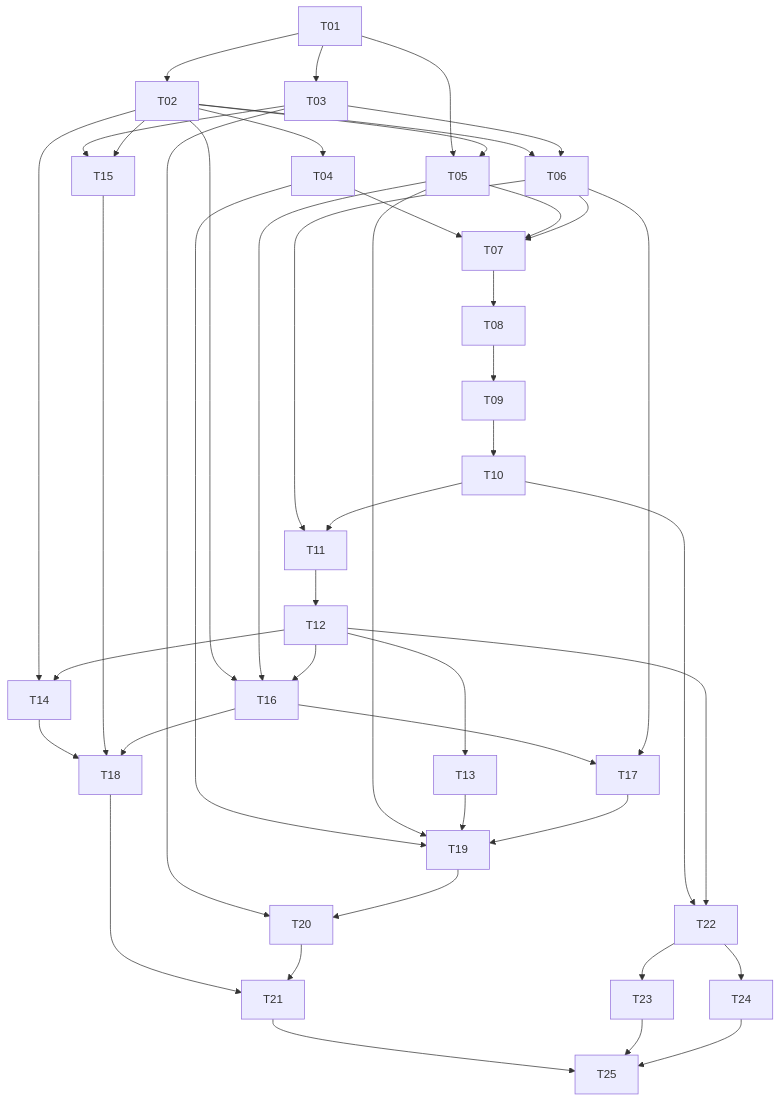
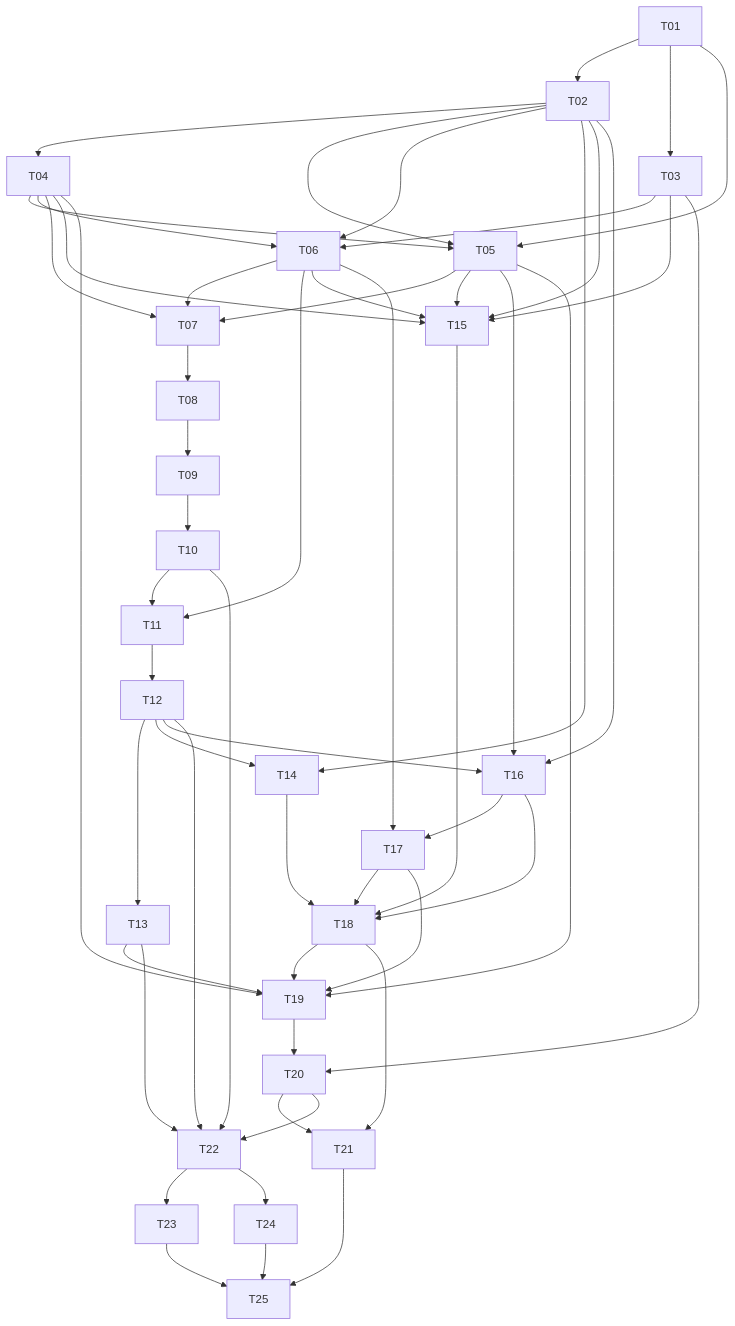
The diagram in docs/superpowers/plans/2026-10-09-ecommerce-ai-platform.md (lovelythreecat-bit/product-web), drawn with Mermaid before and after one commit. The commit also changed other lines of this file and 1 other file, not shown here.

````diff
--- a/docs/superpowers/plans/2026-10-09-ecommerce-ai-platform.md
+++ b/docs/superpowers/plans/2026-10-09-ecommerce-ai-platform.md
@@ -200,47 +206,56 @@
 ```mermaid
 graph TD
 T01 --> T02
 T01 --> T03
 T02 --> T04
 T01 --> T05
 T02 --> T05
+T04 --> T05
 T02 --> T06
 T03 --> T06
+T04 --> T06
 T04 --> T07
 T05 --> T07
 T06 --> T07
 T07 --> T08
 T08 --> T09
 T09 --> T10
 T06 --> T11
 T10 --> T11
 T11 --> T12
 T12 --> T13
 T02 --> T14
 T12 --> T14
 T03 --> T15
 T02 --> T15
+T04 --> T15
+T05 --> T15
+T06 --> T15
 T02 --> T16
 T05 --> T16
 T12 --> T16
 T16 --> T17
 T06 --> T17
 T14 --> T18
 T15 --> T18
 T16 --> T18
+T17 --> T18
 T04 --> T19
 T05 --> T19
 T13 --> T19
 T17 --> T19
+T18 --> T19
 T03 --> T20
 T19 --> T20
 T18 --> T21
 T20 --> T21
 T10 --> T22
 T12 --> T22
+T13 --> T22
+T20 --> T22
 T22 --> T23
 T22 --> T24
 T21 --> T25
 T23 --> T25
 T24 --> T25
 ```
````
